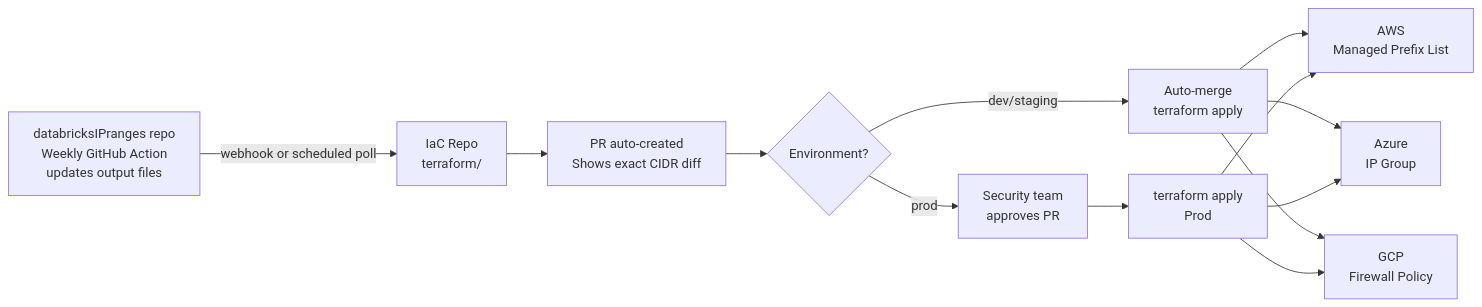
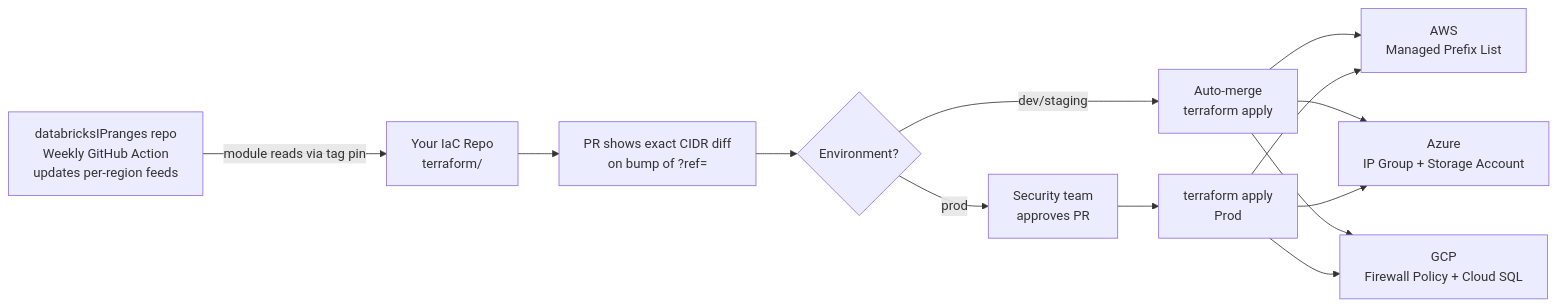
Before and after one commit to bhavink/databricksIPranges: the fourth of 4 diagrams in docs/firewall-automation-guide.md, drawn with Mermaid. The commit also changed other lines of this file and 15 other files, not shown here.

````diff
--- a/docs/firewall-automation-guide.md
+++ b/docs/firewall-automation-guide.md
@@ -910,15 +910,15 @@
 ```mermaid
 flowchart LR
-    A["databricksIPranges repo\nWeekly GitHub Action\nupdates output files"] -->|webhook or scheduled poll| B["IaC Repo\nterraform/"]
-    B --> C["PR auto-created\nShows exact CIDR diff"]
+    A["databricksIPranges repo\nWeekly GitHub Action\nupdates per-region feeds"] -->|module reads via tag pin| B["Your IaC Repo\nterraform/"]
+    B --> C["PR shows exact CIDR diff\non bump of ?ref="]
     C --> D{"Environment?"}
     D -- dev/staging --> E["Auto-merge\nterraform apply"]
     D -- prod --> F["Security team\napproves PR"]
     F --> G["terraform apply\nProd"]
     E --> H["AWS\nManaged Prefix List"]
     G --> H
-    E --> I["Azure\nIP Group"]
+    E --> I["Azure\nIP Group + Storage Account"]
     G --> I
-    E --> J["GCP\nFirewall Policy"]
+    E --> J["GCP\nFirewall Policy + Cloud SQL"]
     G --> J
 ```
````
